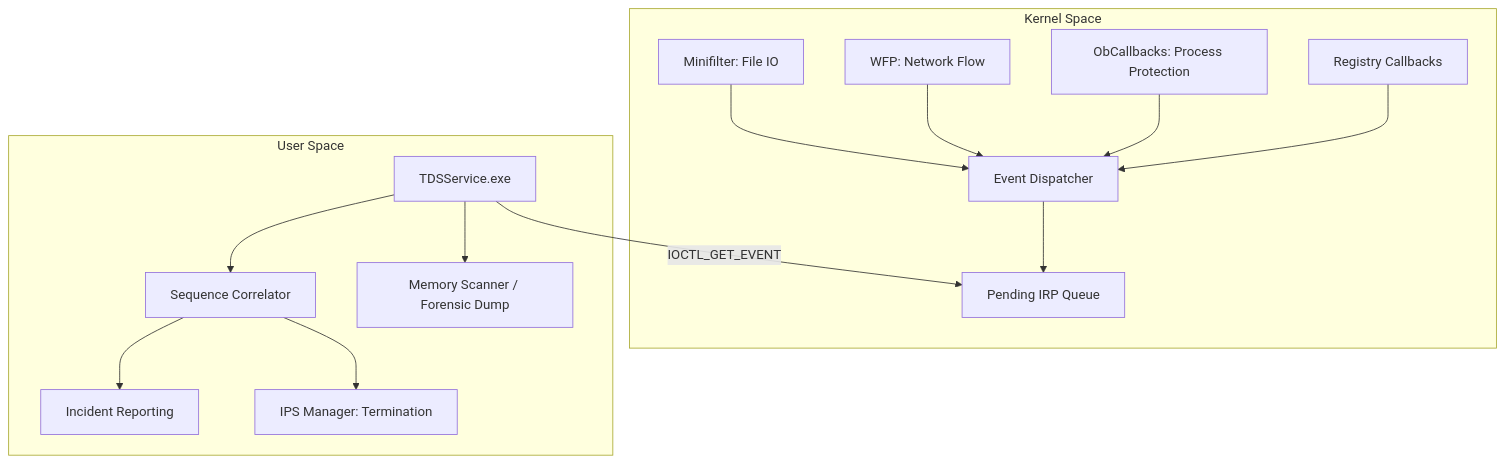
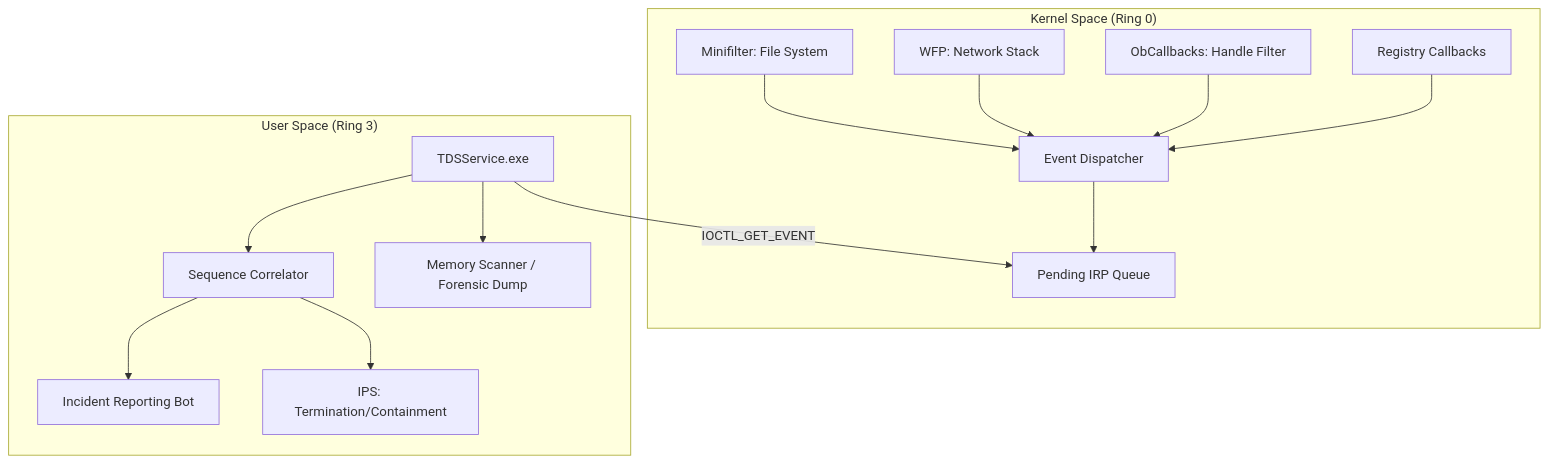
One commit to genesisgzdev/threat-detection-suite changed the diagram in README.md. Above: the diagram before and after it, drawn with Mermaid. The commit also changed other lines of this file and 2 other files, not shown here.

````diff
--- a/README.md
+++ b/README.md
@@ -9,17 +9,17 @@
 ```mermaid
 graph TD
-    subgraph "Kernel Space"
-        A[Minifilter: File IO] --> E[Event Dispatcher]
-        B[WFP: Network Flow] --> E
-        C[ObCallbacks: Process Protection] --> E
+    subgraph "Kernel Space (Ring 0)"
+        A[Minifilter: File System] --> E[Event Dispatcher]
+        B[WFP: Network Stack] --> E
+        C[ObCallbacks: Handle Filter] --> E
         D[Registry Callbacks] --> E
         E --> F[Pending IRP Queue]
     end
-    subgraph "User Space"
+    subgraph "User Space (Ring 3)"
         G[TDSService.exe] -->|IOCTL_GET_EVENT| F
         G --> H[Sequence Correlator]
-        H --> I[Incident Reporting]
-        H --> J[IPS Manager: Termination]
+        H --> I[Incident Reporting Bot]
+        H --> J[IPS: Termination/Containment]
         G --> K[Memory Scanner / Forensic Dump]
     end
 ```
````
